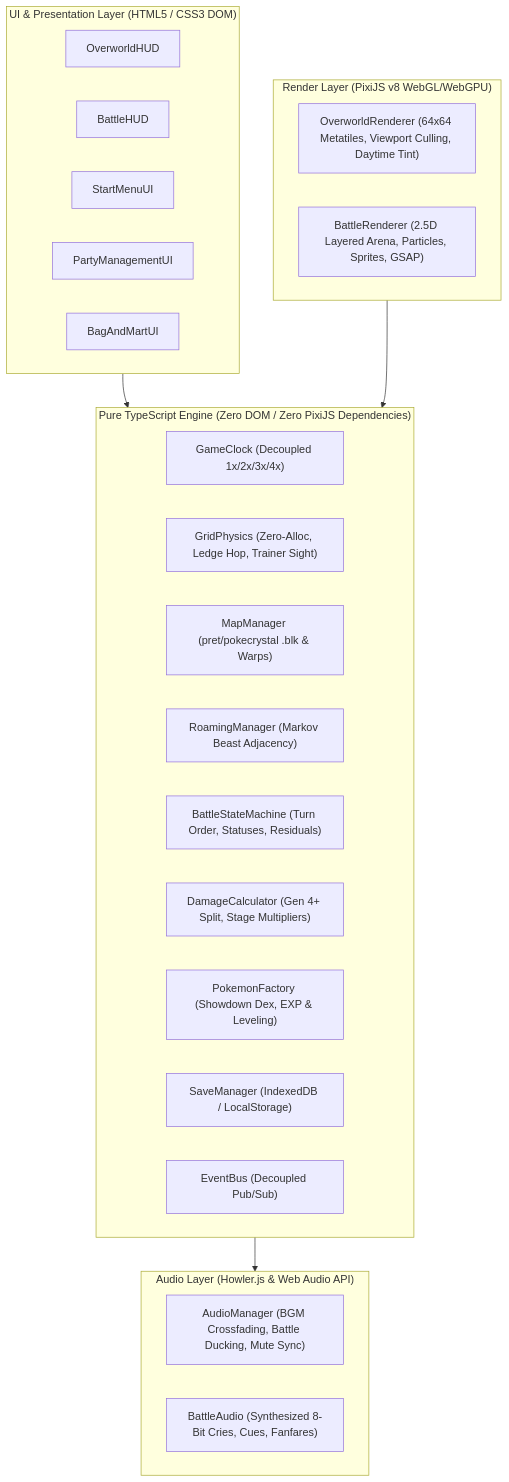
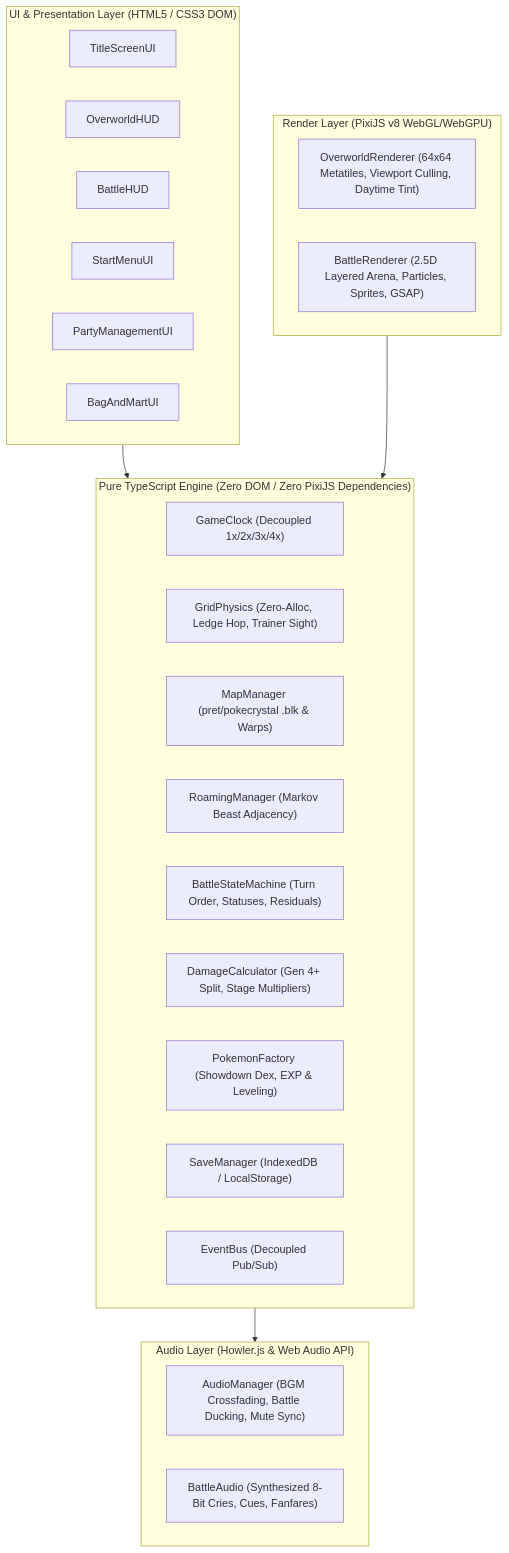
One commit to jbveiga/crystal-overdrive changed the diagram in ARCHITECTURE.md. Above: the diagram before and after it, drawn with Mermaid. The commit also changed other lines of this file and 7 other files, not shown here.

````diff
--- a/ARCHITECTURE.md
+++ b/ARCHITECTURE.md
@@ -13,36 +13,37 @@
 ```mermaid
 flowchart TD
     subgraph UI_Layer["UI & Presentation Layer (HTML5 / CSS3 DOM)"]
+        TSUI["TitleScreenUI"]
         OHUD["OverworldHUD"]
         BHUD["BattleHUD"]
         SM["StartMenuUI"]
         PM["PartyManagementUI"]
         BM["BagAndMartUI"]
     end
 
     subgraph Render_Layer["Render Layer (PixiJS v8 WebGL/WebGPU)"]
         OR["OverworldRenderer (64x64 Metatiles, Viewport Culling, Daytime Tint)"]
         BR["BattleRenderer (2.5D Layered Arena, Particles, Sprites, GSAP)"]
     end
 
     subgraph Pure_Logic["Pure TypeScript Engine (Zero DOM / Zero PixiJS Dependencies)"]
         GC["GameClock (Decoupled 1x/2x/3x/4x)"]
         GP["GridPhysics (Zero-Alloc, Ledge Hop, Trainer Sight)"]
         MM["MapManager (pret/pokecrystal .blk & Warps)"]
         RM["RoamingManager (Markov Beast Adjacency)"]
         BSM["BattleStateMachine (Turn Order, Statuses, Residuals)"]
         DC["DamageCalculator (Gen 4+ Split, Stage Multipliers)"]
         PF["PokemonFactory (Showdown Dex, EXP & Leveling)"]
         SMAN["SaveManager (IndexedDB / LocalStorage)"]
         EB["EventBus (Decoupled Pub/Sub)"]
     end
 
     subgraph Audio_Layer["Audio Layer (Howler.js & Web Audio API)"]
         AM["AudioManager (BGM Crossfading, Battle Ducking, Mute Sync)"]
         BA["BattleAudio (Synthesized 8-Bit Cries, Cues, Fanfares)"]
     end
 
     UI_Layer --> Pure_Logic
     Render_Layer --> Pure_Logic
     Pure_Logic --> Audio_Layer
 ```
````
